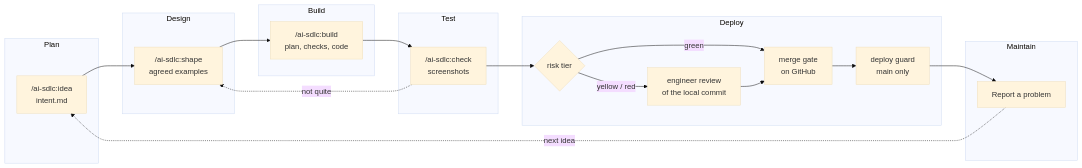
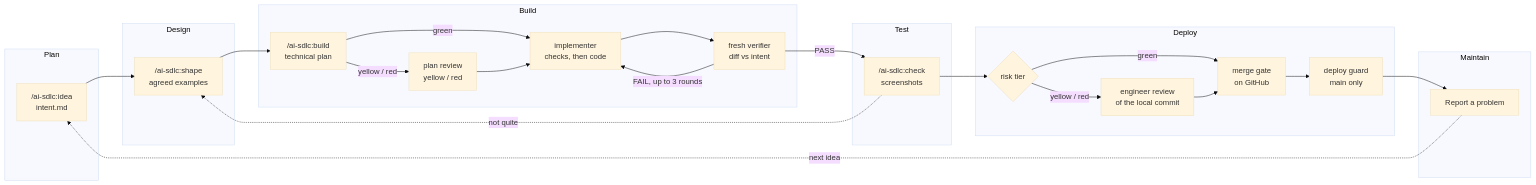
Before and after one commit to tammai/ai-sdlc: the diagram in README.md, drawn with Mermaid (base theme). The commit also changed other lines of this file and 13 other files, not shown here.

First line of the commit message:
0.2.0: plan review + implement/verify loop in /ai-sdlc:build

````diff
--- a/README.md
+++ b/README.md
@@ -12,30 +12,38 @@
 ```mermaid
 flowchart LR
   subgraph Plan
     A["/ai-sdlc:idea<br/>intent.md"]
   end
   subgraph Design
     B["/ai-sdlc:shape<br/>agreed examples"]
   end
   subgraph Build
-    C["/ai-sdlc:build<br/>plan, checks, code"]
+    C["/ai-sdlc:build<br/>technical plan"]
+    P["plan review<br/>yellow / red"]
+    M["implementer<br/>checks, then code"]
+    V["fresh verifier<br/>diff vs intent"]
   end
   subgraph Test
     D["/ai-sdlc:check<br/>screenshots"]
   end
   subgraph Deploy
     E{"risk tier"}
     F["engineer review<br/>of the local commit"]
     G["merge gate<br/>on GitHub"]
     H["deploy guard<br/>main only"]
   end
   subgraph Maintain
     I["Report a problem"]
   end
-  A --> B --> C --> D --> E
+  A --> B --> C
+  C -- green --> M
+  C -- yellow / red --> P --> M
+  M --> V
+  V -- FAIL, up to 3 rounds --> M
+  V -- PASS --> D --> E
   E -- green --> G
   E -- yellow / red --> F --> G
   G --> H --> I
   I -. next idea .-> A
   D -. not quite .-> B
 ```
````
